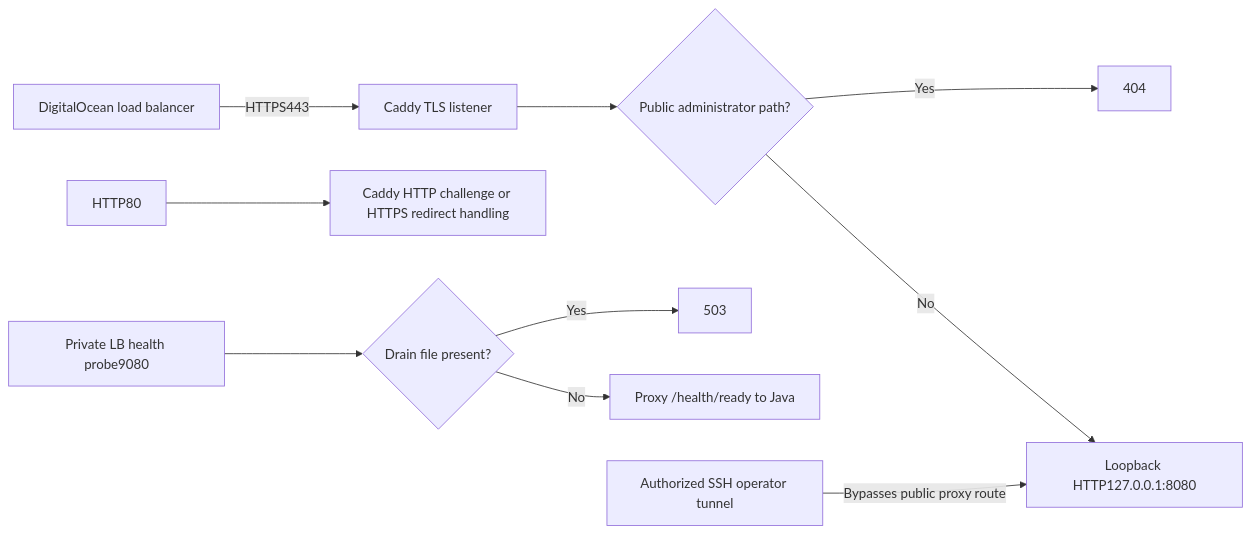
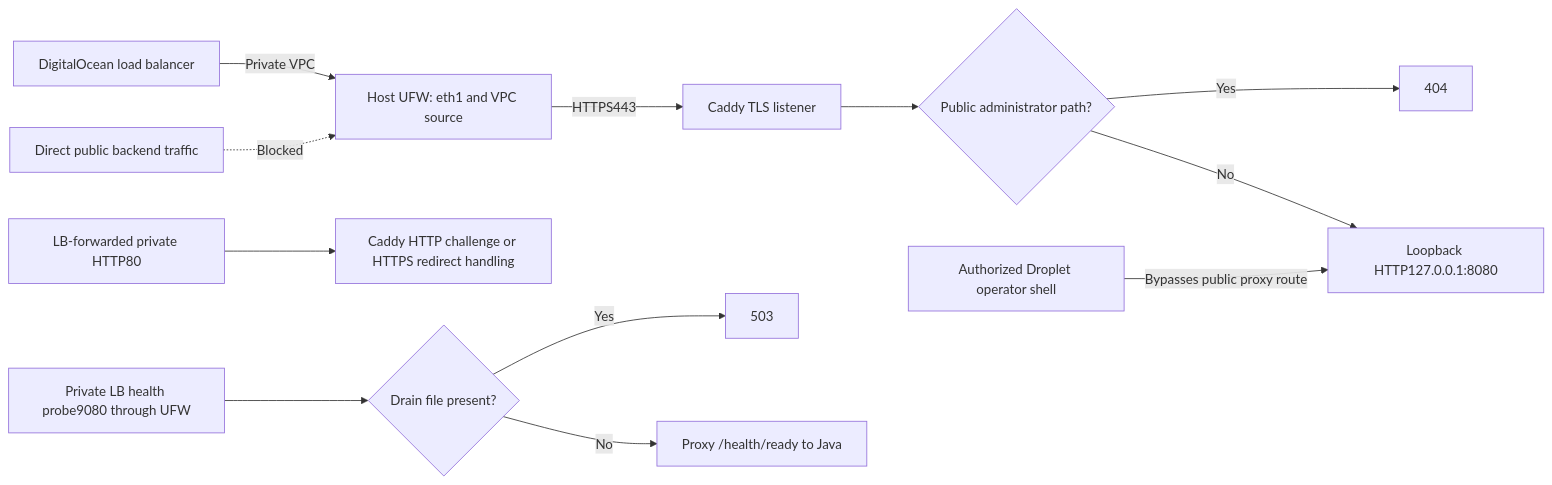
One commit to Sahil2237/notification-fanout changed the first of 2 diagrams in docs/lld/caddy.md. Above: the diagram before and after it, drawn with Mermaid. The commit also changed other lines of this file and 30 other files, not shown here.

Commit message:
Refresh onboarding and architecture for deployed host network policy [skip ci]

````diff
--- a/docs/lld/caddy.md
+++ b/docs/lld/caddy.md
@@ -22,12 +22,14 @@
 ```mermaid
 flowchart LR
-    LB[DigitalOcean load balancer] -->|HTTPS443| TLS[Caddy TLS listener]
-    HTTP[HTTP80] --> REDIRECT[Caddy HTTP challenge or HTTPS redirect handling]
+    LB[DigitalOcean load balancer] -->|Private VPC| FW[Host UFW: eth1 and VPC source]
+    FW -->|HTTPS443| TLS[Caddy TLS listener]
+    DIRECT[Direct public backend traffic] -.->|Blocked| FW
+    HTTP[LB-forwarded private HTTP80] --> REDIRECT[Caddy HTTP challenge or HTTPS redirect handling]
     TLS --> CHECK{Public administrator path?}
     CHECK -->|Yes| NO[404]
     CHECK -->|No| API[Loopback HTTP127.0.0.1:8080]
-    HEALTH[Private LB health probe9080] --> DRAIN{Drain file present?}
+    HEALTH[Private LB health probe9080 through UFW] --> DRAIN{Drain file present?}
     DRAIN -->|Yes| BAD[503]
     DRAIN -->|No| READY[Proxy /health/ready to Java]
-    OP[Authorized SSH operator tunnel] -->|Bypasses public proxy route| API
+    OP[Authorized Droplet operator shell] -->|Bypasses public proxy route| API
 ```
````
